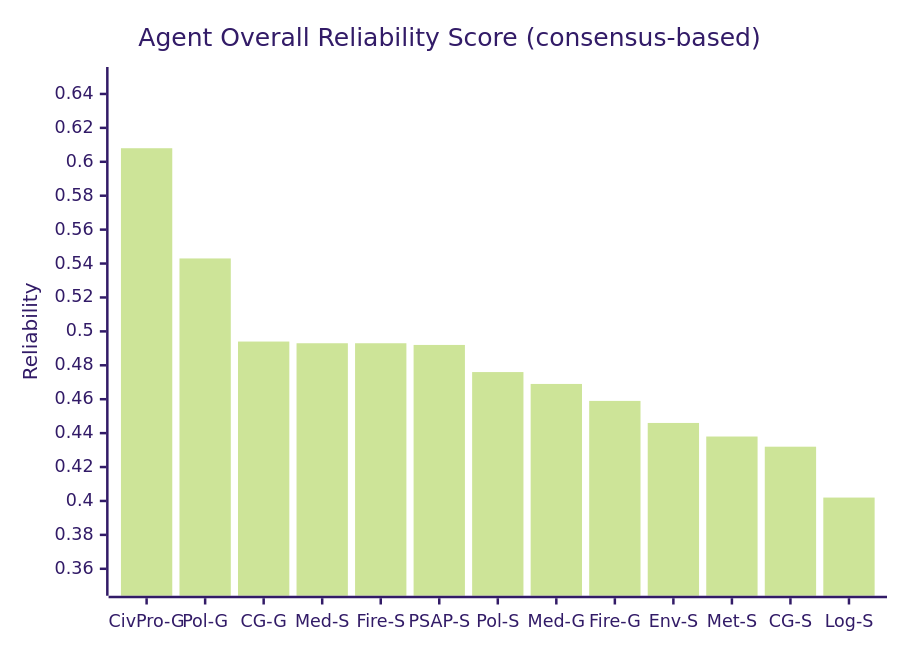
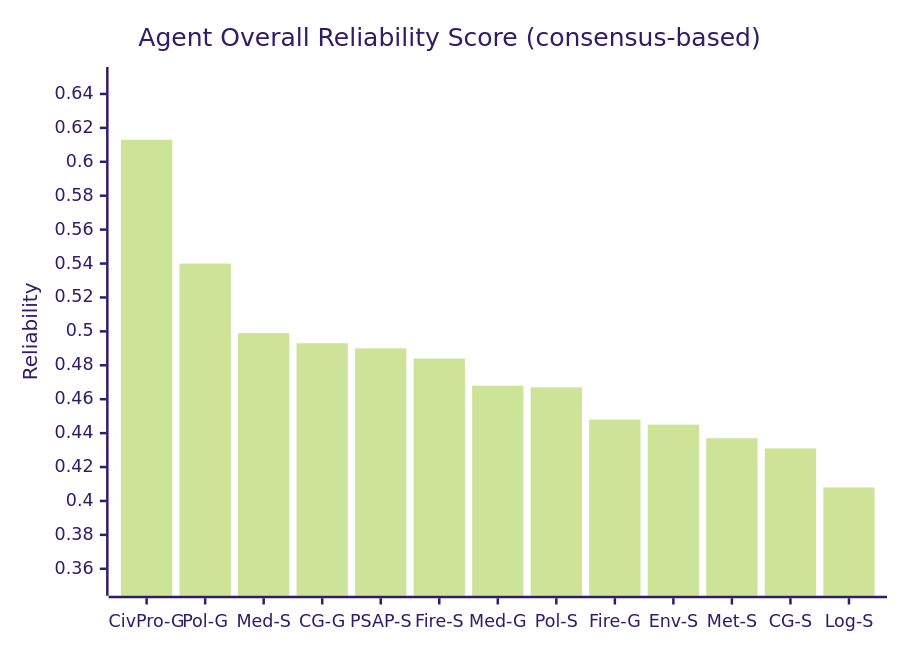
One commit to kerbgr/crisis_mas_poc changed the fourth of 4 diagrams in docs/RESULTS.md. Above: the diagram before and after it, drawn with Mermaid (forest theme). The commit also changed other lines of this file, not shown here.

````diff
--- a/docs/RESULTS.md
+++ b/docs/RESULTS.md
@@ -186,7 +186,7 @@
 ```mermaid
 xychart-beta
     title "Agent Overall Reliability Score (consensus-based)"
-    x-axis ["CivPro-G", "Pol-G", "CG-G", "Med-S", "Fire-S", "PSAP-S", "Pol-S", "Med-G", "Fire-G", "Env-S", "Met-S", "CG-S", "Log-S"]
+    x-axis ["CivPro-G", "Pol-G", "Med-S", "CG-G", "PSAP-S", "Fire-S", "Med-G", "Pol-S", "Fire-G", "Env-S", "Met-S", "CG-S", "Log-S"]
     y-axis "Reliability" 0.35 --> 0.65
-    bar [0.608, 0.543, 0.494, 0.493, 0.493, 0.492, 0.476, 0.469, 0.459, 0.446, 0.438, 0.432, 0.402]
+    bar [0.613, 0.540, 0.499, 0.493, 0.490, 0.484, 0.468, 0.467, 0.448, 0.445, 0.437, 0.431, 0.408]
 ```
````
